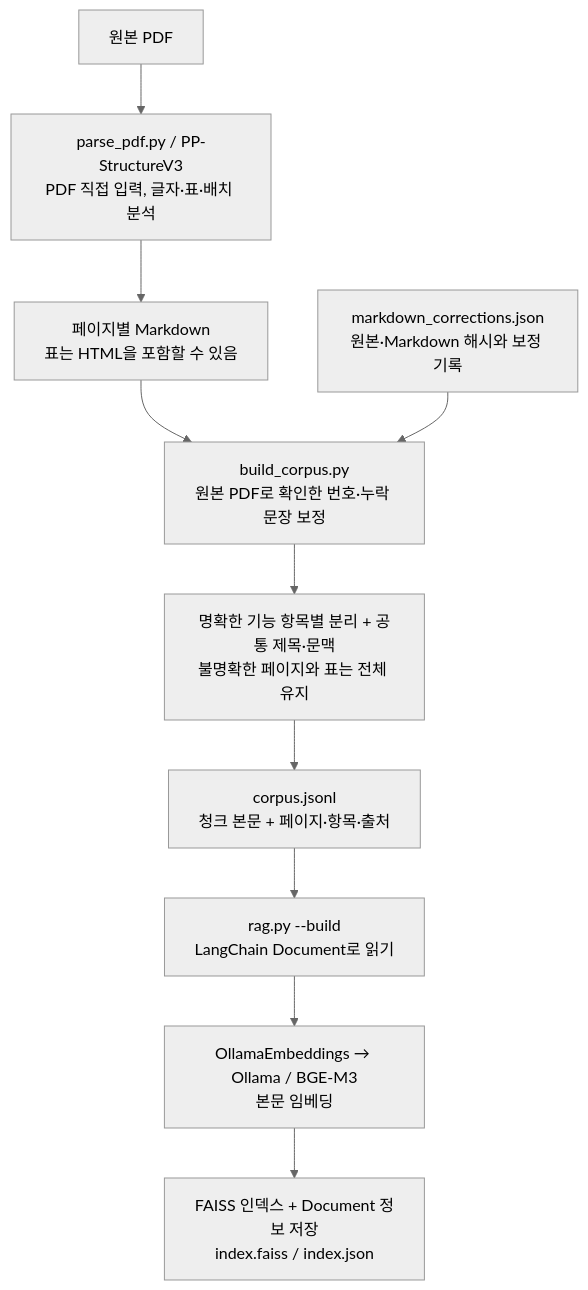
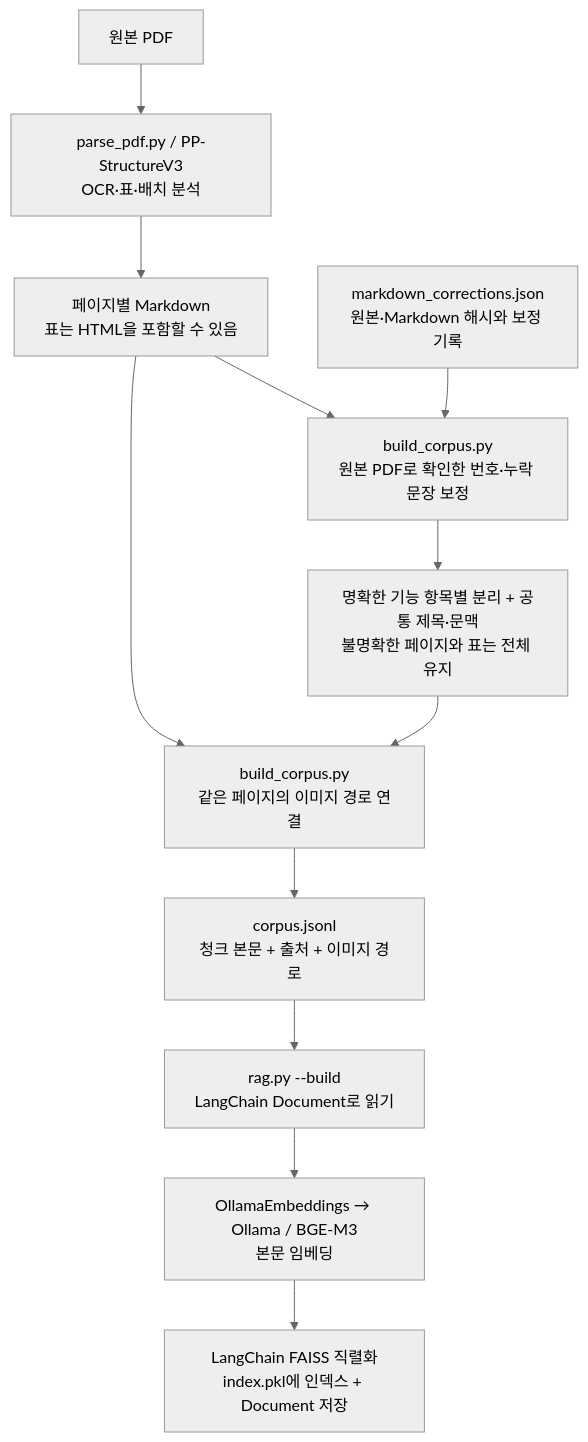
Before and after one commit to jimjimjinger/rag_activity: the first of 2 diagrams in README.md, drawn with Mermaid (neutral theme). The commit also changed other lines of this file and 92 other files, not shown here.

Commit message:
Simplify LangChain RAG and prepare GPU Paddle comparisons

````diff
--- a/README.md
+++ b/README.md
@@ -28,12 +29,14 @@
 ```mermaid
 flowchart TD
-    PDF["원본 PDF"] --> PARSE["parse_pdf.py / PP-StructureV3<br/>PDF 직접 입력, 글자·표·배치 분석"]
+    PDF["원본 PDF"] --> PARSE["parse_pdf.py / PP-StructureV3<br/>OCR·표·배치 분석"]
     PARSE --> MD["페이지별 Markdown<br/>표는 HTML을 포함할 수 있음"]
     MD --> REVIEW["build_corpus.py<br/>원본 PDF로 확인한 번호·누락 문장 보정"]
     FIX["markdown_corrections.json<br/>원본·Markdown 해시와 보정 기록"] --> REVIEW
     REVIEW --> SPLIT["명확한 기능 항목별 분리 + 공통 제목·문맥<br/>불명확한 페이지와 표는 전체 유지"]
-    SPLIT --> CORPUS["corpus.jsonl<br/>청크 본문 + 페이지·항목·출처"]
+    SPLIT --> LINK["build_corpus.py<br/>같은 페이지의 이미지 경로 연결"]
+    MD --> LINK
+    LINK --> CORPUS["corpus.jsonl<br/>청크 본문 + 출처 + 이미지 경로"]
     CORPUS --> DOC["rag.py --build<br/>LangChain Document로 읽기"]
     DOC --> EMBED["OllamaEmbeddings → Ollama / BGE-M3<br/>본문 임베딩"]
-    EMBED --> INDEX["FAISS 인덱스 + Document 정보 저장<br/>index.faiss / index.json"]
+    EMBED --> INDEX["LangChain FAISS 직렬화<br/>index.pkl에 인덱스 + Document 저장"]
 ```
````
